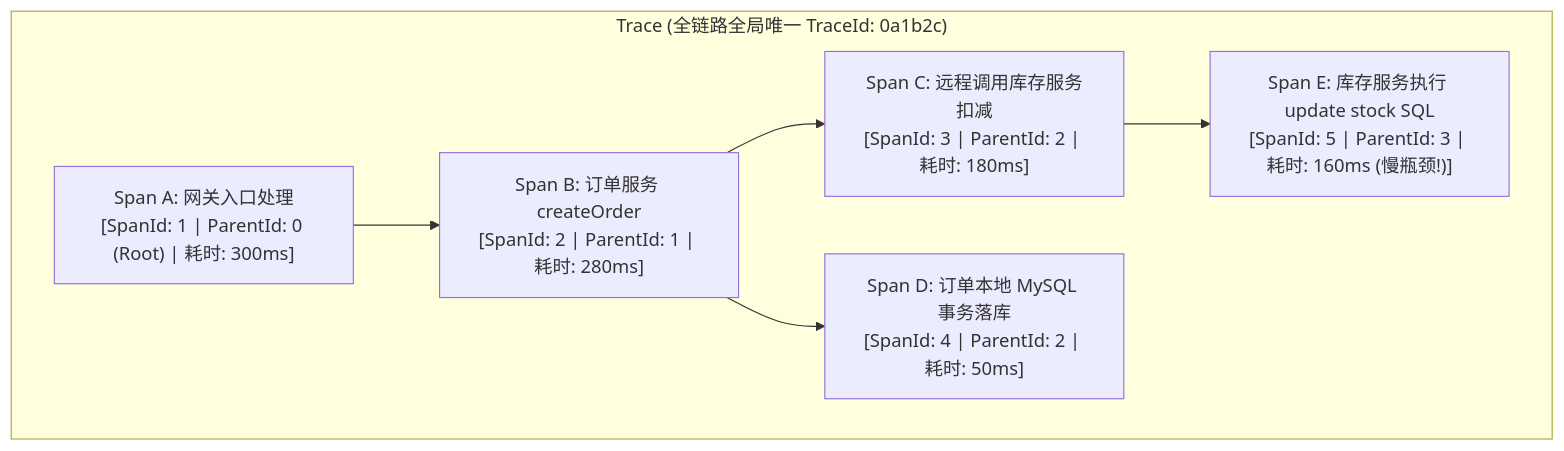
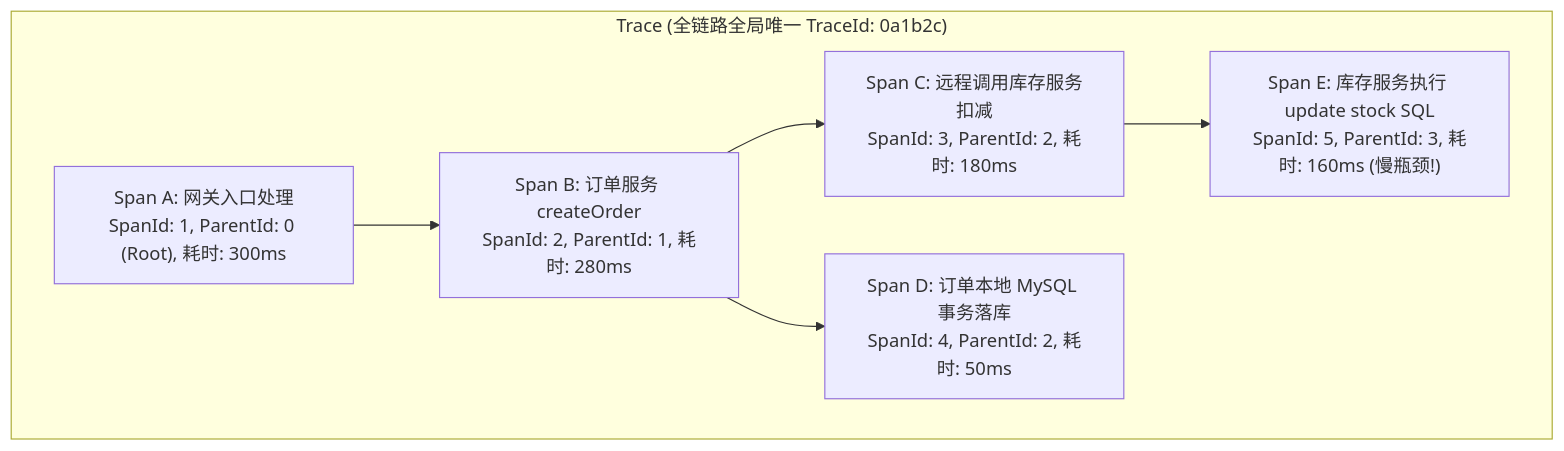
The first of 4 diagrams in 20-Java后端/07-分布式与微服务/08-链路追踪.md (GuoWWWX/knowledge-base), drawn with Mermaid before and after one commit. The commit also changed 234 other files, not shown here.

````diff
--- a/20-Java后端/07-分布式与微服务/08-链路追踪.md
+++ b/20-Java后端/07-分布式与微服务/08-链路追踪.md
@@ -30,17 +30,17 @@
 ```mermaid
 flowchart TD
     subgraph 一次完整的调用链["Trace (全链路全局唯一 TraceId: 0a1b2c)"]
-        SpanA["Span A: 网关入口处理\n[SpanId: 1 | ParentId: 0 (Root) | 耗时: 300ms]"]
+        SpanA["Span A: 网关入口处理<br/>SpanId: 1, ParentId: 0 (Root), 耗时: 300ms"]
         
-        SpanB["Span B: 订单服务 createOrder\n[SpanId: 2 | ParentId: 1 | 耗时: 280ms]"]
+        SpanB["Span B: 订单服务 createOrder<br/>SpanId: 2, ParentId: 1, 耗时: 280ms"]
         SpanA --> SpanB
         
-        SpanC["Span C: 远程调用库存服务扣减\n[SpanId: 3 | ParentId: 2 | 耗时: 180ms]"]
-        SpanD["Span D: 订单本地 MySQL 事务落库\n[SpanId: 4 | ParentId: 2 | 耗时: 50ms]"]
+        SpanC["Span C: 远程调用库存服务扣减<br/>SpanId: 3, ParentId: 2, 耗时: 180ms"]
+        SpanD["Span D: 订单本地 MySQL 事务落库<br/>SpanId: 4, ParentId: 2, 耗时: 50ms"]
         SpanB --> SpanC
         SpanB --> SpanD
 
-        SpanE["Span E: 库存服务执行 update stock SQL\n[SpanId: 5 | ParentId: 3 | 耗时: 160ms (慢瓶颈!)]"]
+        SpanE["Span E: 库存服务执行 update stock SQL<br/>SpanId: 5, ParentId: 3, 耗时: 160ms (慢瓶颈!)"]
         SpanC --> SpanE
     end
 ```
````
